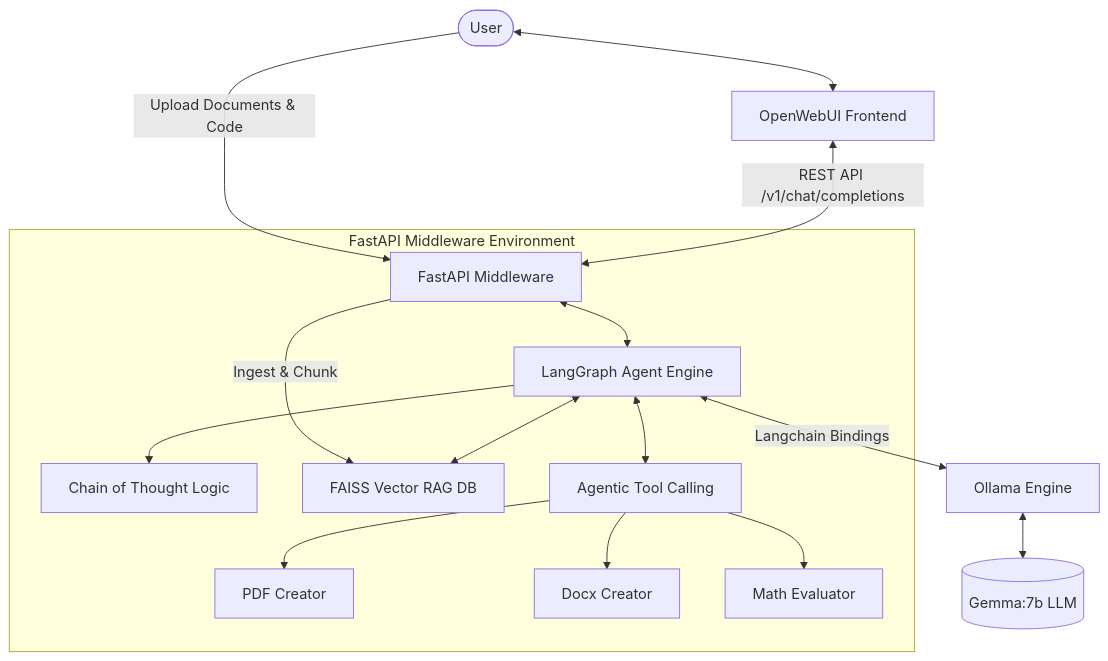
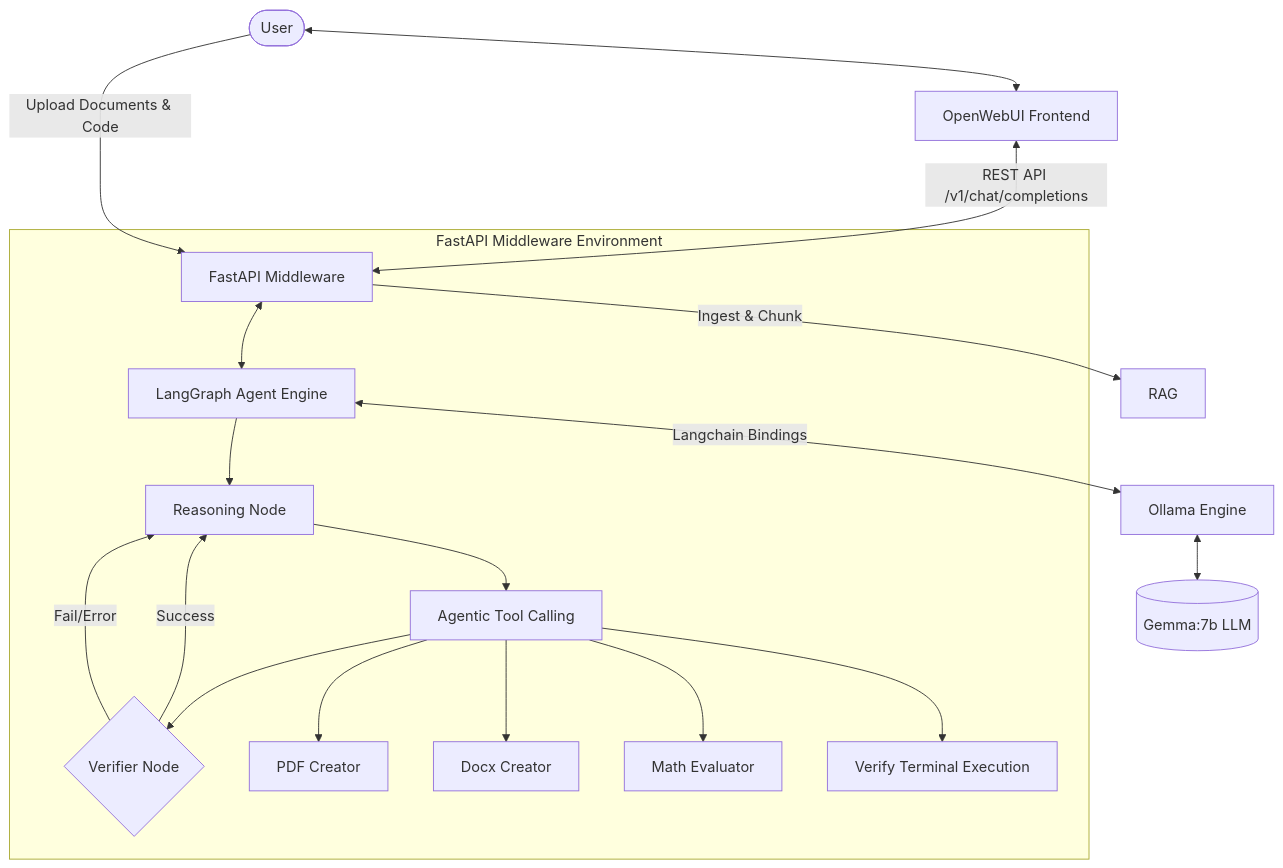
One commit to gmossy/vibechatbot changed the diagram in README.md. Above: the diagram before and after it, drawn with Mermaid. The commit also changed other lines of this file and 26 other files, not shown here.

````diff
--- a/README.md
+++ b/README.md
@@ -20,21 +20,25 @@
 ```mermaid
 graph TD
     User([User]) <--> UI[OpenWebUI Frontend]
     UI <-->|REST API /v1/chat/completions| API[FastAPI Middleware]
     
     subgraph FastAPI Middleware Environment
         API <--> LG[LangGraph Agent Engine]
-        LG --> CoT[Chain of Thought Logic]
-        LG <--> RAG[FAISS Vector RAG DB]
-        LG <--> Tools[Agentic Tool Calling]
+        LG --> CoT[Reasoning Node]
+        CoT --> Tools[Agentic Tool Calling]
+        Tools --> Verifier{Verifier Node}
+        Verifier -->|Success| CoT
+        Verifier -->|Fail/Error| CoT
+        
         Tools --> PDF[PDF Creator]
         Tools --> Word[Docx Creator]
         Tools --> Calc[Math Evaluator]
+        Tools --> Terminal[Verify Terminal Execution]
     end
     
     LG <-->|Langchain Bindings| Ollama[Ollama Engine]
     Ollama <--> Gemma[(Gemma:7b LLM)]
     
     User -->|Upload Documents & Code| API
     API -->|Ingest & Chunk| RAG
 ```
````
